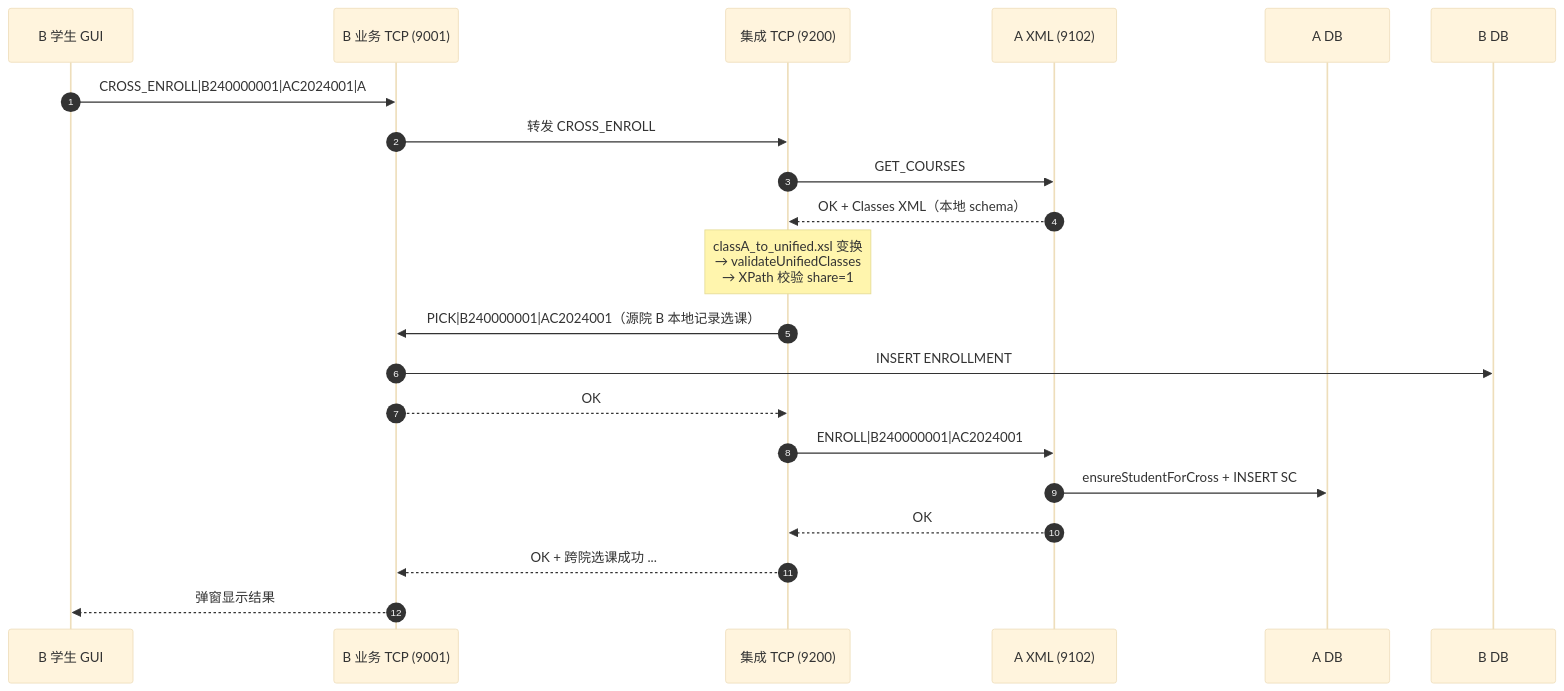
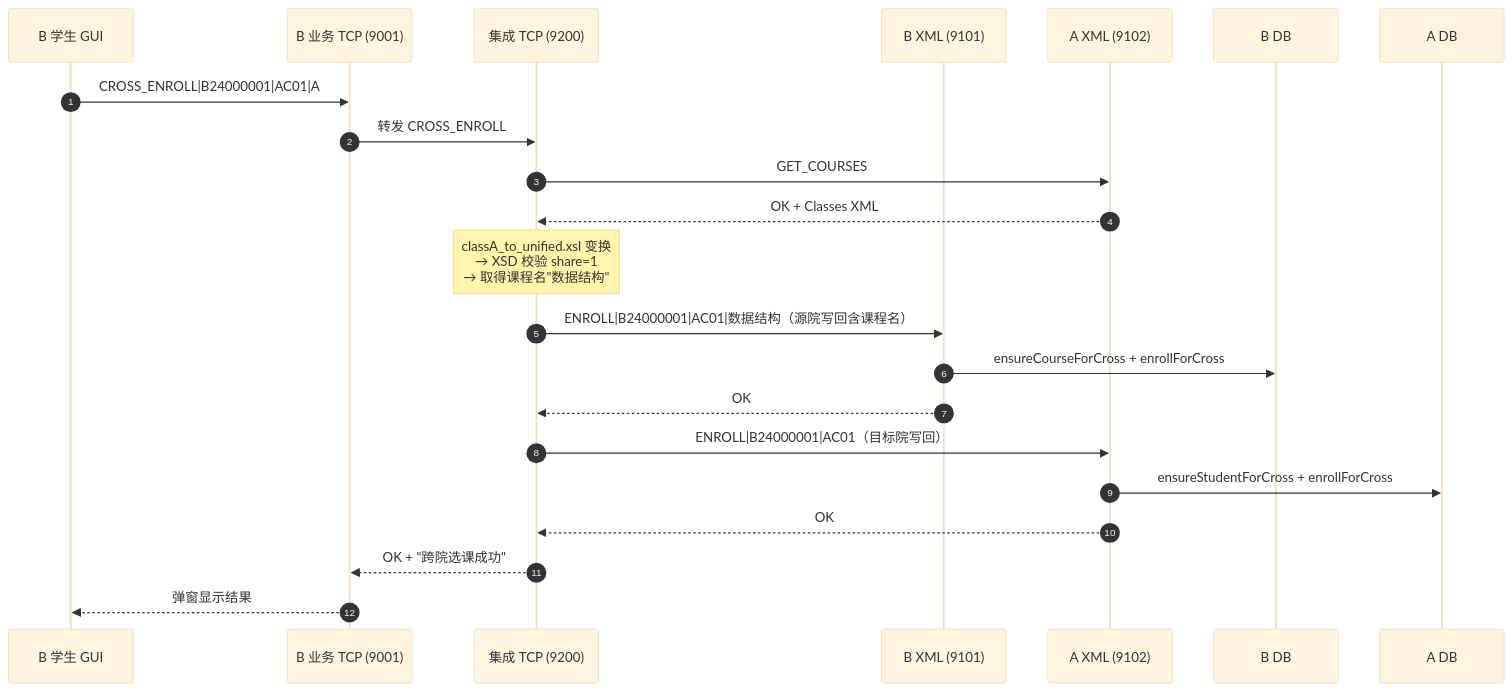
The sixth of 9 diagrams in docs/报告.md (Yaelnju/integrated-edu), drawn with Mermaid (base theme) before and after one commit. The commit also changed other lines of this file and 17 other files, not shown here.

````diff
--- a/docs/报告.md
+++ b/docs/报告.md
@@ -378,24 +378,25 @@
 ```mermaid
 sequenceDiagram
     autonumber
     participant U as B 学生 GUI
     participant Bts as B 业务 TCP (9001)
     participant IS as 集成 TCP (9200)
+    participant Bxml as B XML (9101)
     participant Axml as A XML (9102)
+    participant Bdb as B DB
     participant Adb as A DB
-    participant Bdb as B DB
 
-    U->>Bts: CROSS_ENROLL|B240000001|AC2024001|A
+    U->>Bts: CROSS_ENROLL|B24000001|AC01|A
     Bts->>IS: 转发 CROSS_ENROLL
     IS->>Axml: GET_COURSES
-    Axml-->>IS: OK + Classes XML（本地 schema）
-    Note over IS: classA_to_unified.xsl 变换<br/>→ validateUnifiedClasses<br/>→ XPath 校验 share=1
-    IS->>Bts: PICK|B240000001|AC2024001（源院 B 本地记录选课）
-    Bts->>Bdb: INSERT ENROLLMENT
-    Bts-->>IS: OK
-    IS->>Axml: ENROLL|B240000001|AC2024001
-    Axml->>Adb: ensureStudentForCross + INSERT SC
+    Axml-->>IS: OK + Classes XML
+    Note over IS: classA_to_unified.xsl 变换<br/>→ XSD 校验 share=1<br/>→ 取得课程名"数据结构"
+    IS->>Bxml: ENROLL|B24000001|AC01|数据结构（源院写回含课程名）
+    Bxml->>Bdb: ensureCourseForCross + enrollForCross
+    Bxml-->>IS: OK
+    IS->>Axml: ENROLL|B24000001|AC01（目标院写回）
+    Axml->>Adb: ensureStudentForCross + enrollForCross
     Axml-->>IS: OK
-    IS-->>Bts: OK + 跨院选课成功 ...
+    IS-->>Bts: OK + "跨院选课成功"
     Bts-->>U: 弹窗显示结果
 ```
````
